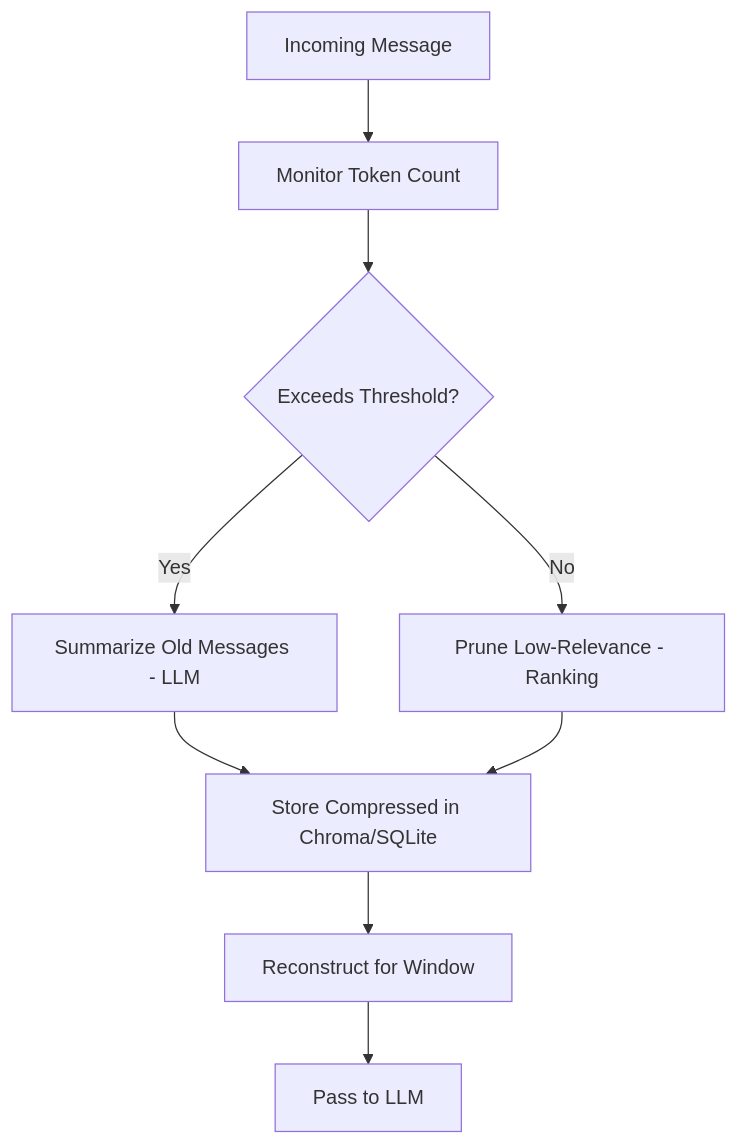
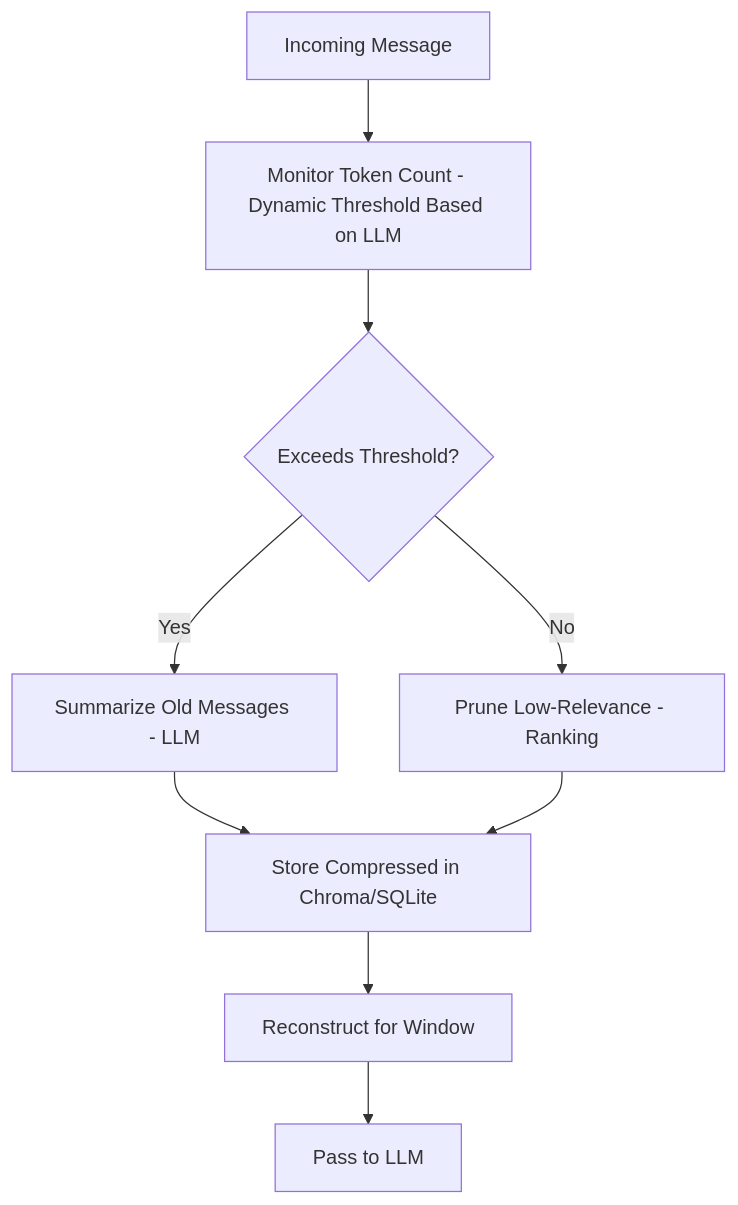
One commit to raqkaaq/ArxivResearchAgent changed the second of 3 diagrams in CONTEXT_PRD.md. Above: the diagram before and after it, drawn with Mermaid. The commit also changed other lines of this file and 7 other files, not shown here.

````diff
--- a/CONTEXT_PRD.md
+++ b/CONTEXT_PRD.md
@@ -55,11 +55,11 @@
 ```mermaid
 flowchart TD
-    A[Incoming Message] --> B[Monitor Token Count]
+    A[Incoming Message] --> B[Monitor Token Count - Dynamic Threshold Based on LLM]
     B --> C{Exceeds Threshold?}
     C -->|Yes| D[Summarize Old Messages - LLM]
     C -->|No| E[Prune Low-Relevance - Ranking]
     D --> F[Store Compressed in Chroma/SQLite]
     E --> F
     F --> G[Reconstruct for Window]
     G --> H[Pass to LLM]
 ```
````
